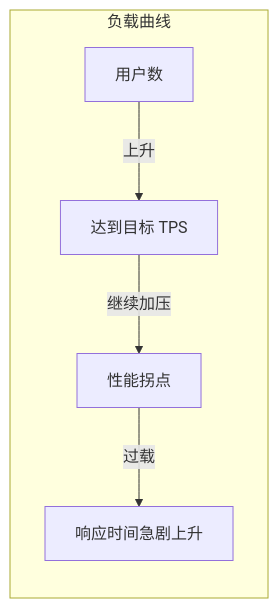
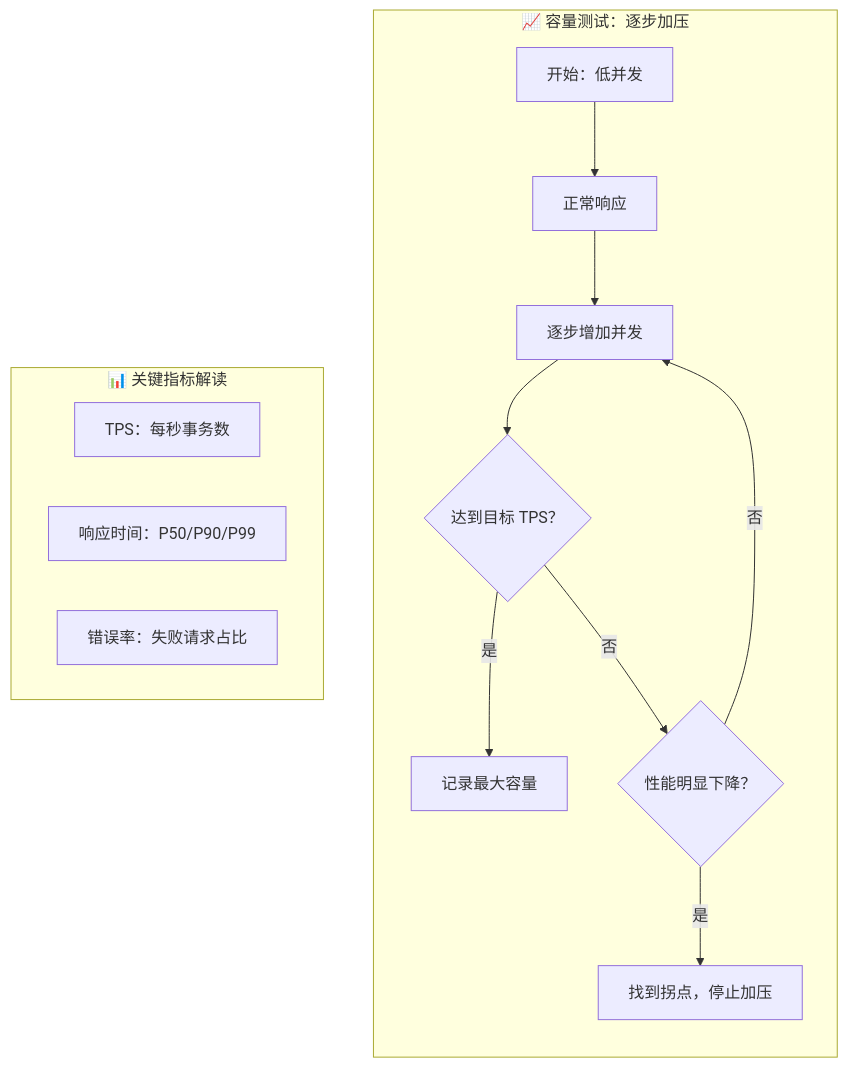
The sixth of 14 diagrams in articles/zh/nodejs-unit-performance-testing-guide.mdx (zhangshichuan/maxzhang.site), drawn with Mermaid before and after one commit. The commit also changed other lines of this file and 1 other file, not shown here.

````diff
--- a/articles/zh/nodejs-unit-performance-testing-guide.mdx
+++ b/articles/zh/nodejs-unit-performance-testing-guide.mdx
@@ -258,9 +754,20 @@
 ```mermaid
 flowchart TD
-    subgraph 负载曲线
+    subgraph 容量测试过程["📈 容量测试：逐步加压"]
         direction TB
-        A[用户数] -->|上升| B[达到目标 TPS]
-        B -->|继续加压| C[性能拐点]
-        C -->|过载| D[响应时间急剧上升]
+
+        A[开始：低并发] --> B[正常响应]
+        B --> C[逐步增加并发]
+        C --> D{达到目标 TPS？}
+        D -->|是| E[记录最大容量]
+        D -->|否| F{性能明显下降？}
+        F -->|否| C
+        F -->|是| G[找到拐点，停止加压]
+    end
+
+    subgraph 关键指标["📊 关键指标解读"]
+        H["TPS：每秒事务数"]
+        I["响应时间：P50/P90/P99"]
+        J["错误率：失败请求占比"]
     end
 ```
````
